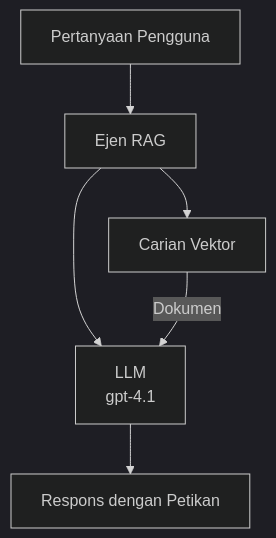
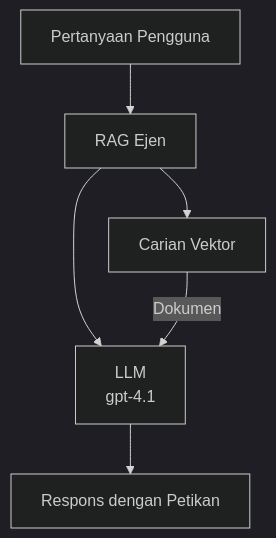
One commit to microsoft/AZD-for-beginners changed the second of 3 diagrams in translations/ms/docs/chapter-02-ai-development/agents.md. Above: the diagram before and after it, drawn with Mermaid (dark theme). The commit also changed other lines of this file and 101 other files, not shown here.

````diff
--- a/translations/ms/docs/chapter-02-ai-development/agents.md
+++ b/translations/ms/docs/chapter-02-ai-development/agents.md
@@ -170,8 +175,8 @@
 ```mermaid
 graph TD
-    Query[Pertanyaan Pengguna] --> RAG[Ejen RAG]
+    Query[Pertanyaan Pengguna] --> RAG[RAG Ejen]
     RAG --> Vector[Carian Vektor]
     RAG --> LLM[LLM<br/>gpt-4.1]
     Vector -- Dokumen --> LLM
     LLM --> Response[Respons dengan Petikan]
 ```
````
